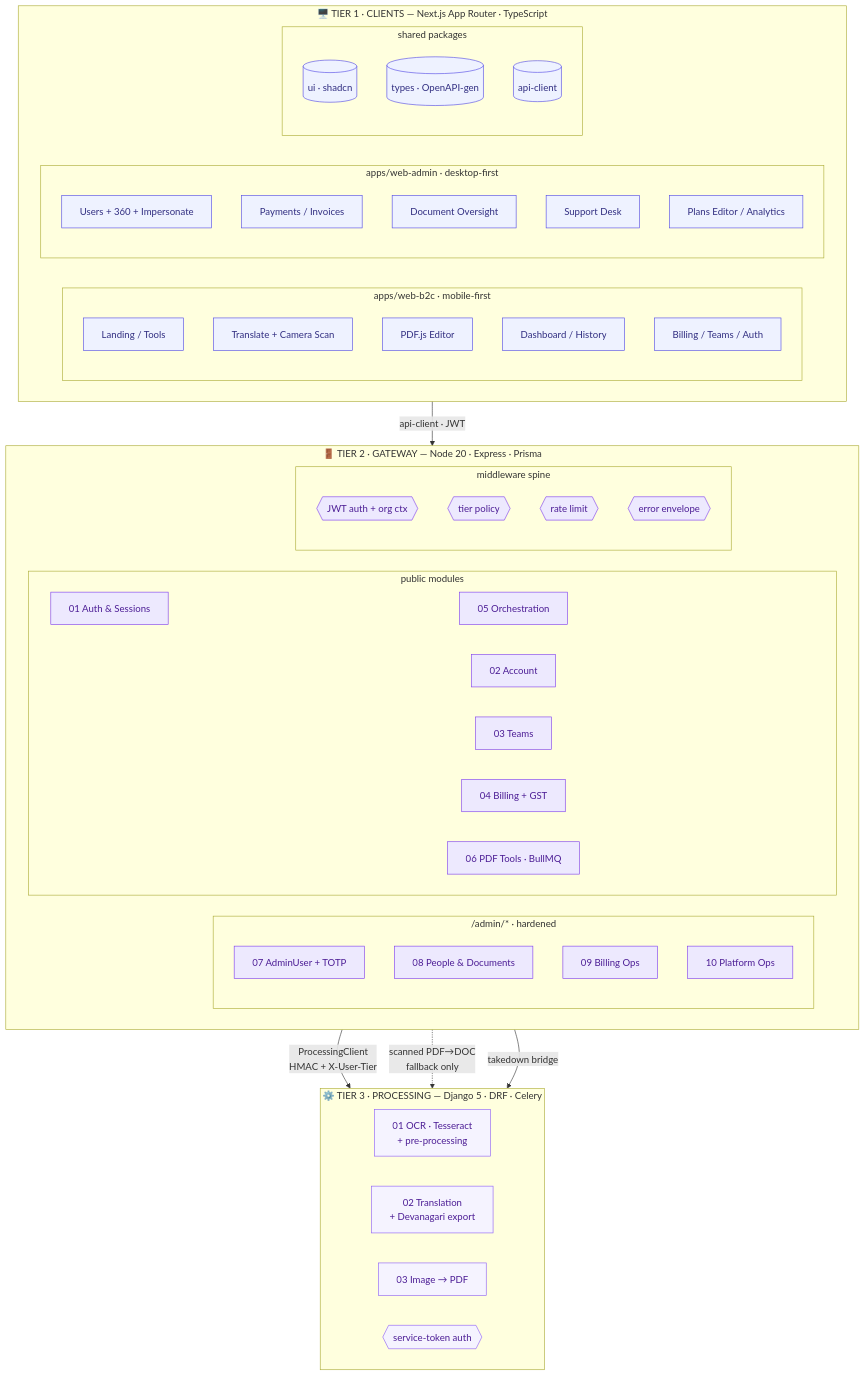
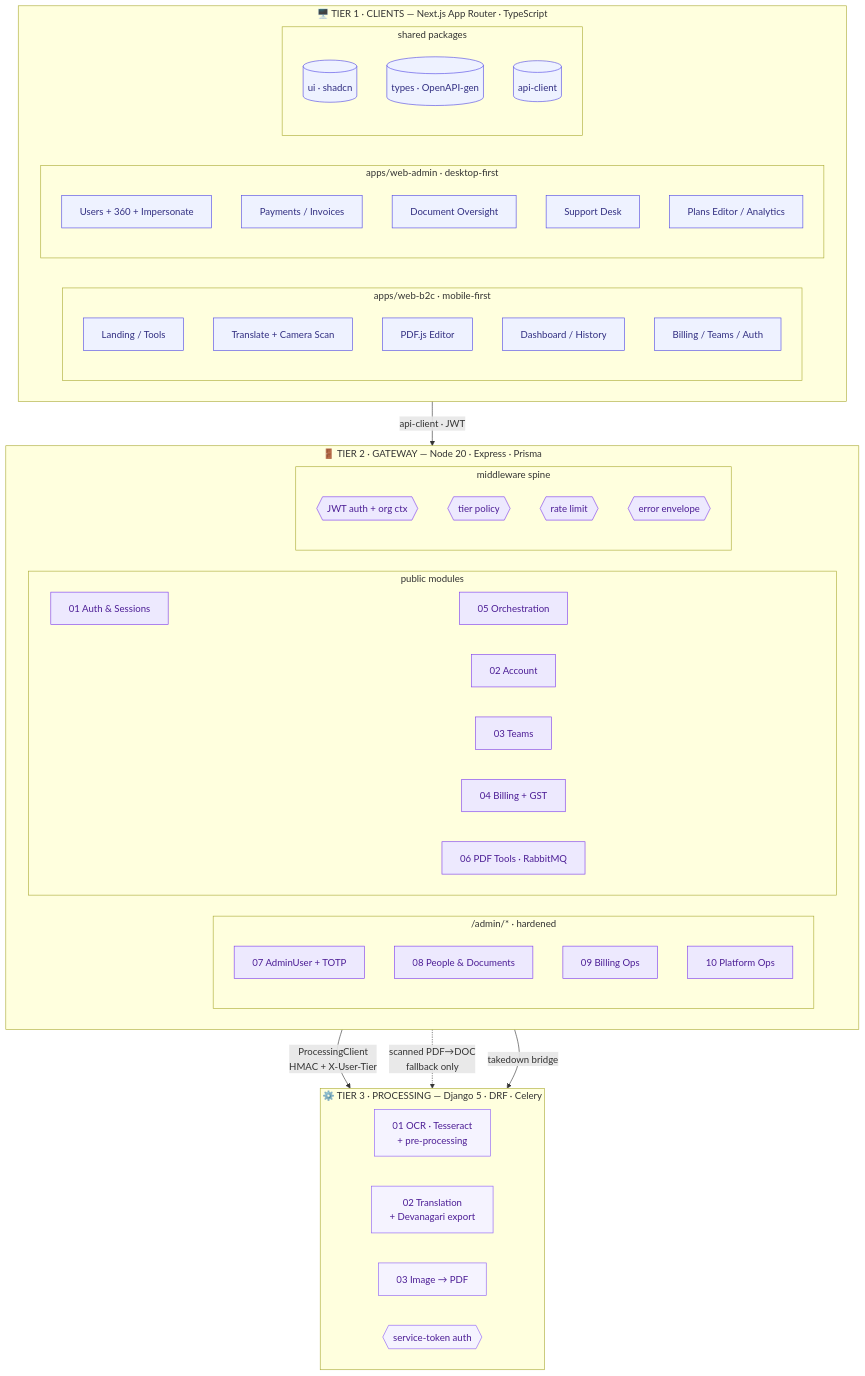
Before and after one commit to Mrutunjay50/DOCS: the second of 8 diagrams in architecture_diagrams.md, drawn with Mermaid. The commit also changed other lines of this file, not shown here.

````diff
--- a/architecture_diagrams.md
+++ b/architecture_diagrams.md
@@ -55,70 +56,70 @@
 ```mermaid
 flowchart TB
     subgraph T1["🖥️ TIER 1 · CLIENTS — Next.js App Router · TypeScript"]
         direction LR
         subgraph B2C["apps/web-b2c · mobile-first"]
             b1[Landing / Tools]
             b2[Translate + Camera Scan]
             b3[PDF.js Editor]
             b4[Dashboard / History]
             b5[Billing / Teams / Auth]
         end
         subgraph ADM["apps/web-admin · desktop-first"]
             a1[Users + 360 + Impersonate]
             a2[Payments / Invoices]
             a3[Document Oversight]
             a4[Support Desk]
             a5[Plans Editor / Analytics]
         end
         subgraph PKG["shared packages"]
             p1[(ui · shadcn)]
             p2[(types · OpenAPI-gen)]
             p3[(api-client)]
         end
     end
 
     subgraph T2["🚪 TIER 2 · GATEWAY — Node 20 · Express · Prisma"]
         direction LR
         subgraph PUB["public modules"]
             m1[01 Auth & Sessions]
             m2[02 Account]
             m3[03 Teams]
             m4[04 Billing + GST]
             m5[05 Orchestration]
-            m6[06 PDF Tools · BullMQ]
+            m6[06 PDF Tools · RabbitMQ]
         end
         subgraph ADMB["/admin/* · hardened"]
             n1[07 AdminUser + TOTP]
             n2[08 People & Documents]
             n3[09 Billing Ops]
             n4[10 Platform Ops]
         end
         subgraph MID["middleware spine"]
             x1{{JWT auth + org ctx}}
             x2{{tier policy}}
             x3{{rate limit}}
             x4{{error envelope}}
         end
     end
 
     subgraph T3["⚙️ TIER 3 · PROCESSING — Django 5 · DRF · Celery"]
         direction LR
         d1[01 OCR · Tesseract<br/>+ pre-processing]
         d2[02 Translation<br/>+ Devanagari export]
         d3[03 Image → PDF]
         d4{{service-token auth}}
     end
 
     T1 -- "api-client · JWT" --> MID
     PUB --> m5
     m5 -- "ProcessingClient<br/>HMAC + X-User-Tier" --> d4
     m6 -. "scanned PDF→DOC<br/>fallback only" .-> d4
     ADMB -- "takedown bridge" --> d4
 
     classDef t1 fill:#EEF2FF,stroke:#4F46E5,color:#312E81;
     classDef t2 fill:#EDE9FE,stroke:#7C3AED,color:#4C1D95;
     classDef t3 fill:#F5F3FF,stroke:#8B5CF6,color:#4C1D95;
     class b1,b2,b3,b4,b5,a1,a2,a3,a4,a5,p1,p2,p3 t1;
     class m1,m2,m3,m4,m5,m6,n1,n2,n3,n4,x1,x2,x3,x4 t2;
     class d1,d2,d3,d4 t3;
 ```
````
